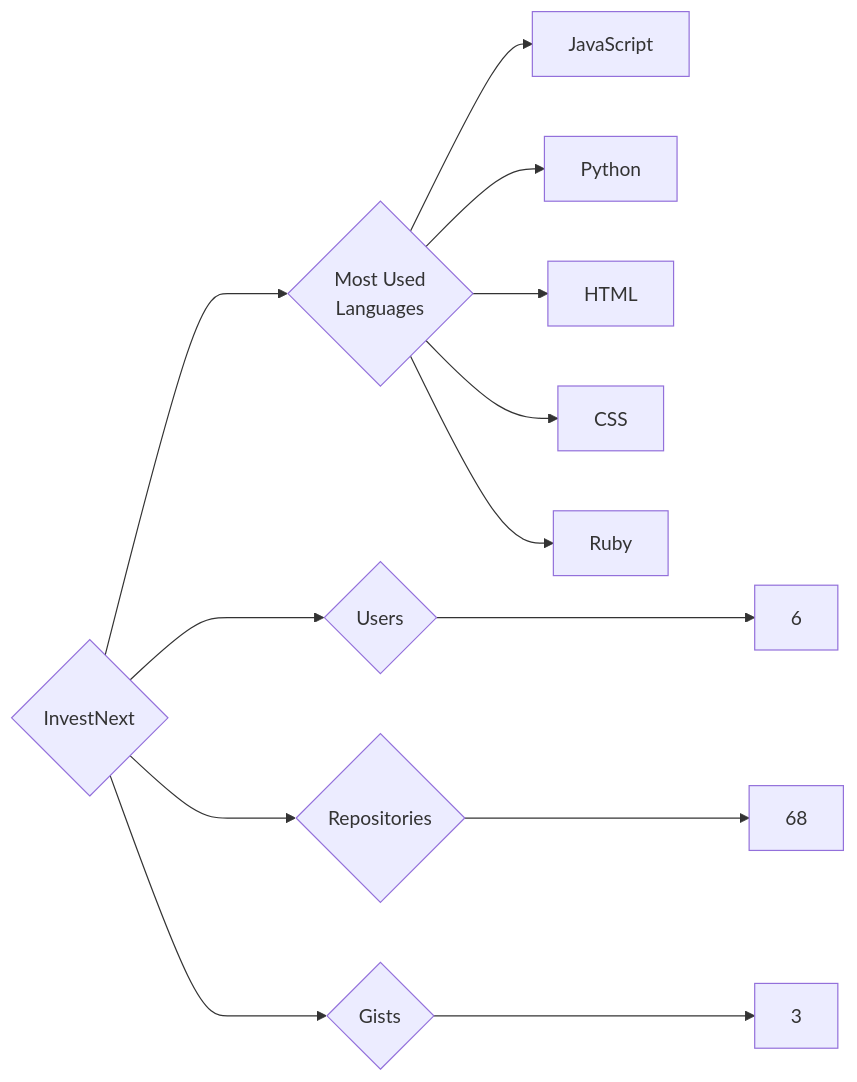
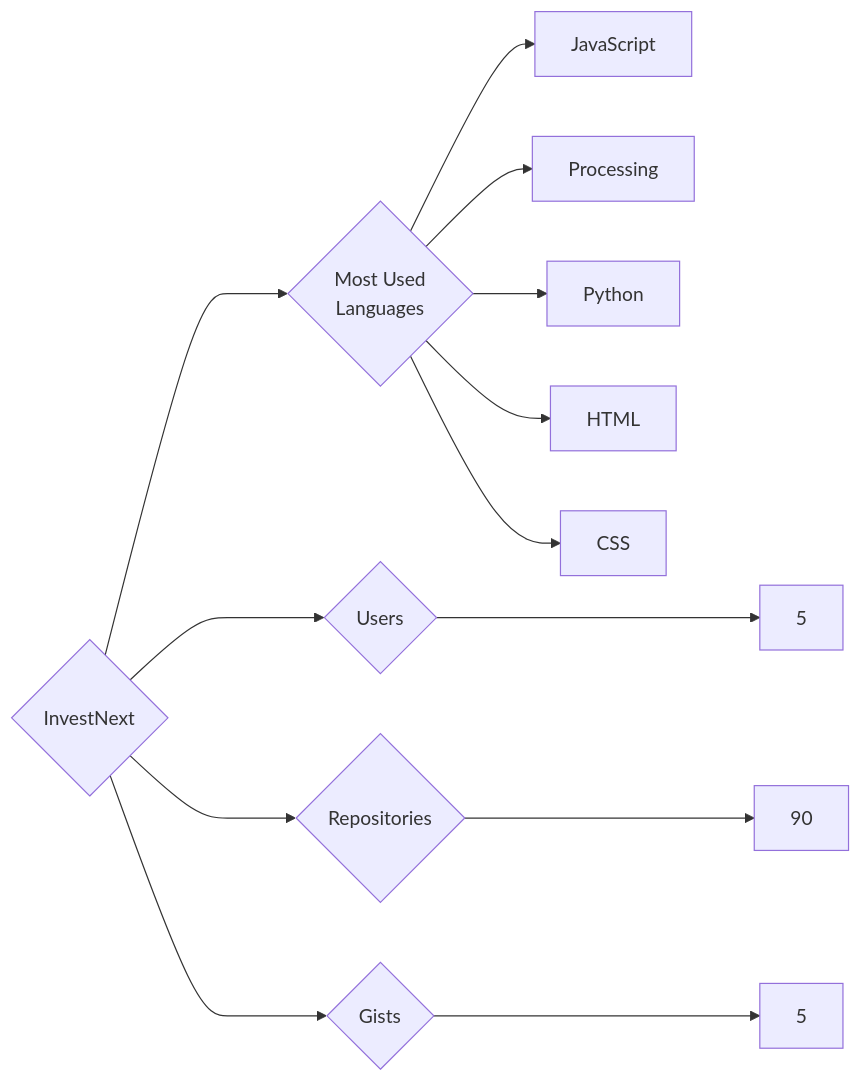
Before and after one commit to trickest/insiders: the diagram in targets/InvestNext/README.md, drawn with Mermaid. The commit also changed 857 other files, not shown here.

````diff
--- a/targets/InvestNext/README.md
+++ b/targets/InvestNext/README.md
@@ -3,13 +3,13 @@
 ```mermaid
 graph LR
 COMPANY_NAME{InvestNext}
-COMPANY_NAME ---> U{Users} ---> UN[6]
-COMPANY_NAME ---> R{Repositories} ---> RN[68]
-COMPANY_NAME ---> G{Gists} ---> GN[3]
+COMPANY_NAME ---> U{Users} ---> UN[5]
+COMPANY_NAME ---> R{Repositories} ---> RN[90]
+COMPANY_NAME ---> G{Gists} ---> GN[5]
 COMPANY_NAME ---> ML{Most Used<br>Languages}
 ML --> JavaScript[JavaScript]
+ML --> Processing[Processing]
 ML --> Python[Python]
 ML --> HTML[HTML]
 ML --> CSS[CSS]
-ML --> Ruby[Ruby]
 ```
````
